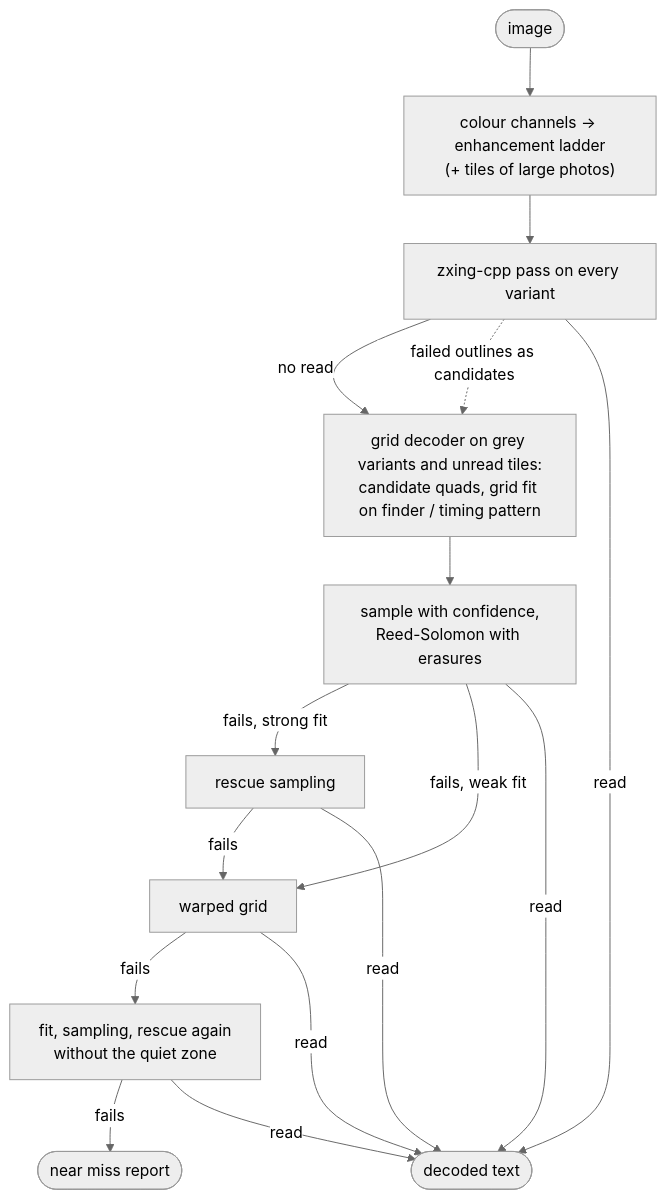
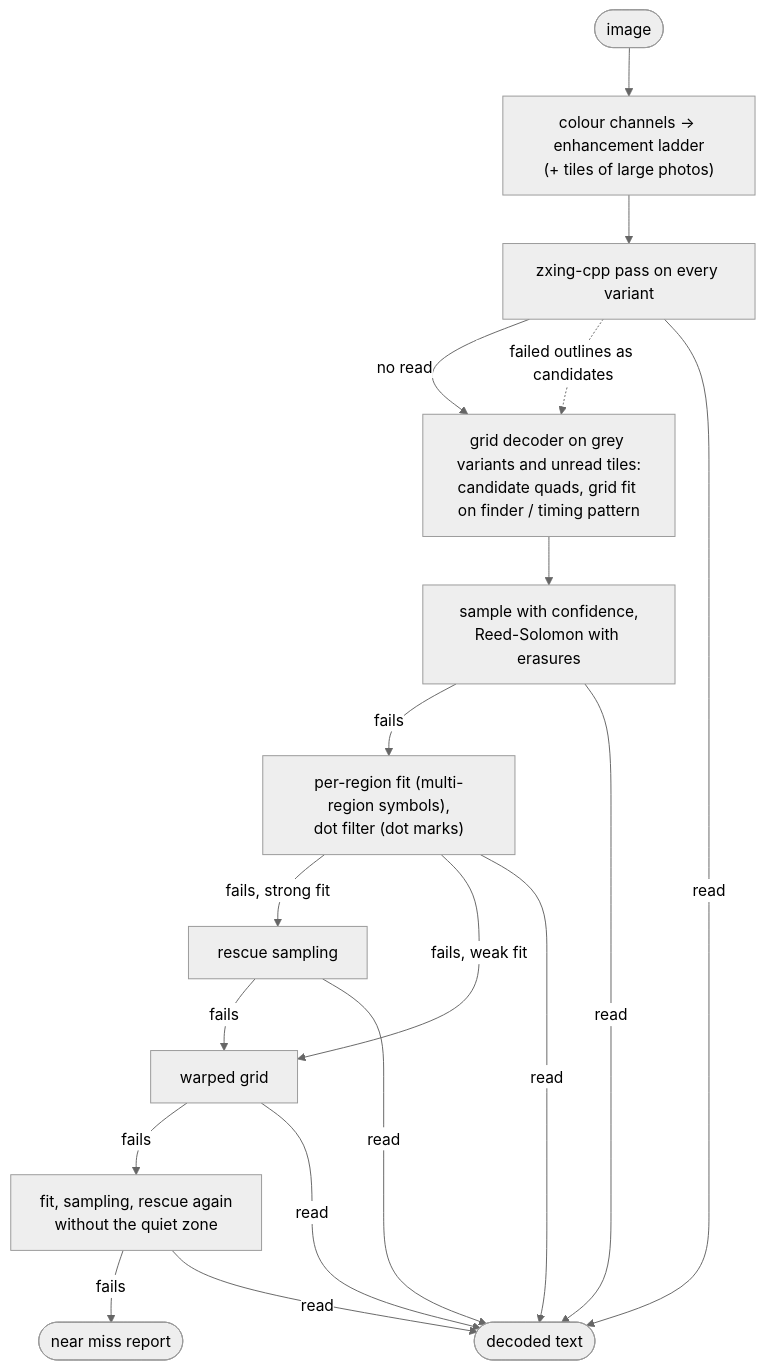
Before and after one commit to aharjajarvi/dpmread: the diagram in doc/features.md, drawn with Mermaid (neutral theme). The commit also changed other lines of this file and 5 other files, not shown here.

First line of the commit message:
Release 0.2.0: version, CHANGELOG, features.md and roadmap (#10)

````diff
--- a/doc/features.md
+++ b/doc/features.md
@@ -20,18 +20,20 @@
 ```mermaid
 flowchart TD
     img([image]) --> lad["colour channels → enhancement ladder<br/>(+ tiles of large photos)"]
     lad --> zx["zxing-cpp pass on every variant"]
     zx -- no read --> gv["grid decoder on grey variants and unread tiles:<br/>candidate quads, grid fit on finder / timing pattern"]
     zx -. failed outlines as candidates .-> gv
     gv --> rs["sample with confidence,<br/>Reed-Solomon with erasures"]
-    rs -- "fails, strong fit" --> resc["rescue sampling"]
-    rs -- "fails, weak fit" --> warp
+    rs -- fails --> ex["per-region fit (multi-region symbols),<br/>dot filter (dot marks)"]
+    ex -- "fails, strong fit" --> resc["rescue sampling"]
+    ex -- "fails, weak fit" --> warp
     resc -- fails --> warp["warped grid"]
     warp -- fails --> qz["fit, sampling, rescue again<br/>without the quiet zone"]
     qz -- fails --> nm([near miss report])
     zx -- read --> res([decoded text])
     rs -- read --> res
+    ex -- read --> res
     resc -- read --> res
     warp -- read --> res
     qz -- read --> res
 ```
````
